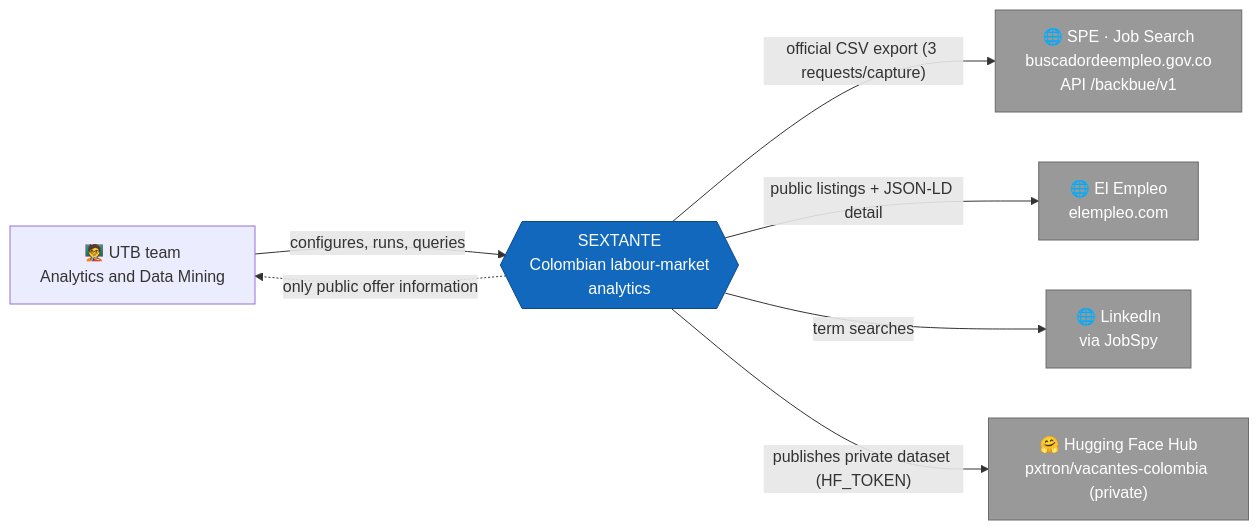
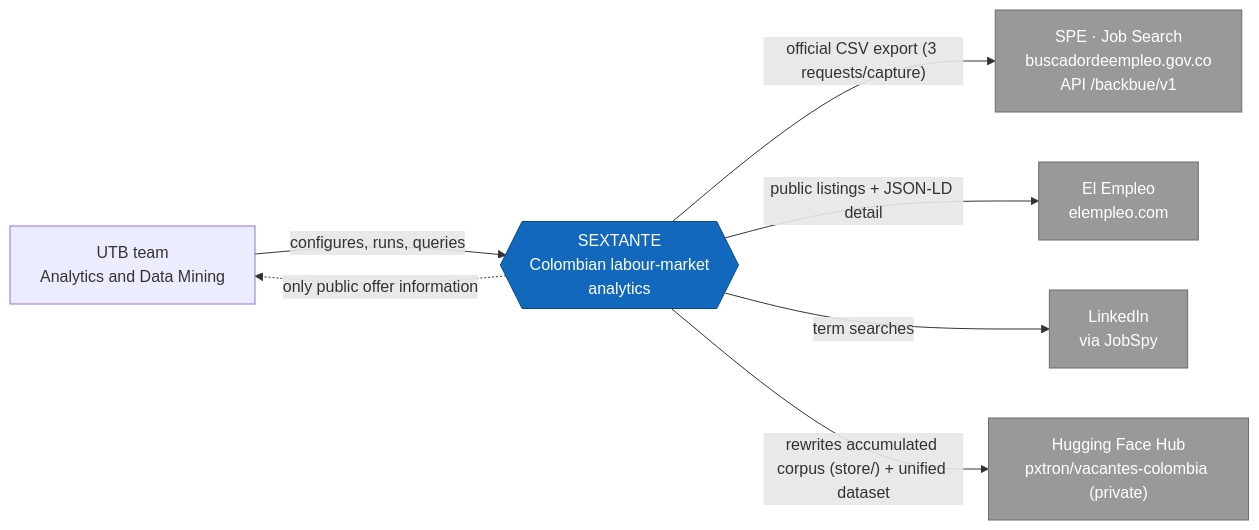
The first of 7 diagrams in docs/architecture.en.md (shalom-A26/SEXTANTE), drawn with Mermaid before and after one commit. The commit also changed other lines of this file and 8 other files, not shown here.

First line of the commit message:
feat: captura en GitHub Actions con Hugging Face como memoria persistente

````diff
--- a/docs/architecture.en.md
+++ b/docs/architecture.en.md
@@ -42,21 +42,21 @@
 ```mermaid
 flowchart LR
-    u["🧑‍🏫 UTB team<br/>Analytics and Data Mining"]
+    u["UTB team<br/>Analytics and Data Mining"]
     s{{"SEXTANTE<br/>Colombian labour-market<br/>analytics"}}
-    spe["🌐 SPE · Job Search<br/>buscadordeempleo.gov.co<br/>API /backbue/v1"]
-    ee["🌐 El Empleo<br/>elempleo.com"]
-    li["🌐 LinkedIn<br/>via JobSpy"]
-    hf["🤗 Hugging Face Hub<br/>pxtron/vacantes-colombia (private)"]
+    spe["SPE · Job Search<br/>buscadordeempleo.gov.co<br/>API /backbue/v1"]
+    ee["El Empleo<br/>elempleo.com"]
+    li["LinkedIn<br/>via JobSpy"]
+    hf["Hugging Face Hub<br/>pxtron/vacantes-colombia (private)"]
 
     u -->|configures, runs, queries| s
     s -->|"official CSV export (3 requests/capture)"| spe
     s -->|"public listings + JSON-LD detail"| ee
     s -->|"term searches"| li
-    s -->|"publishes private dataset (HF_TOKEN)"| hf
+    s -->|"rewrites accumulated corpus (store/) + unified dataset"| hf
     s -.->|"only public offer information"| u
 
     classDef sist fill:#1168bd,color:#fff,stroke:#0b4884;
     classDef ext fill:#999999,color:#fff,stroke:#6b6b6b;
     class s sist;
     class spe,ee,li,hf ext;
 ```
````
